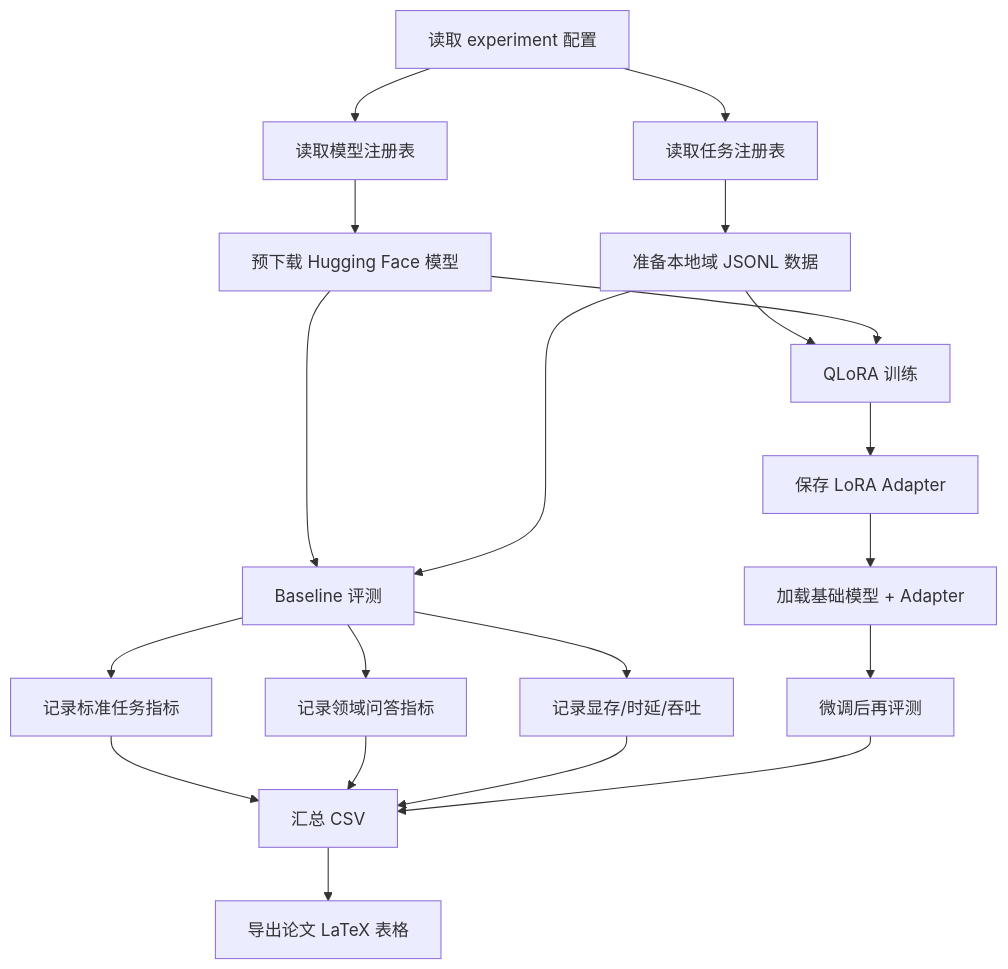
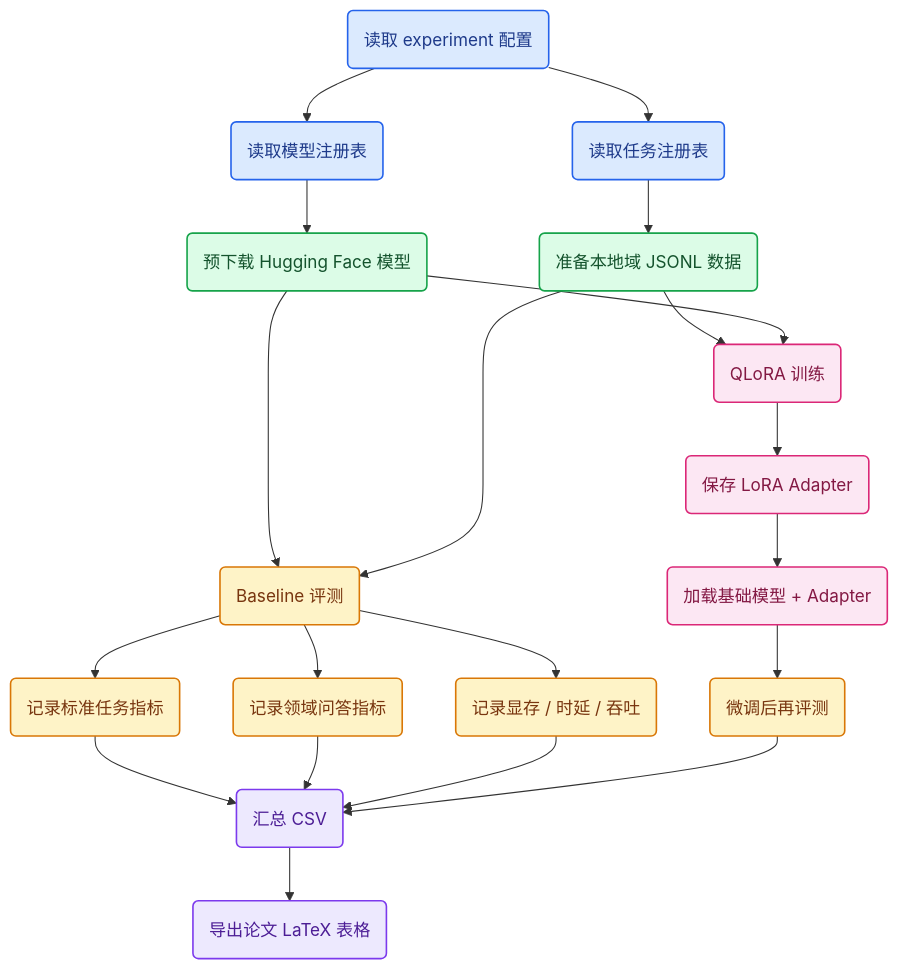
Before and after one commit to XuelinHu/blogs: the diagram in docs/posts/LLM/资源受限大模型评测与QLoRA项目源码导读.md, drawn with Mermaid. The commit also changed 10 other files, not shown here.

Commit message:
style: improve mermaid flowchart layout and colors

````diff
--- a/docs/posts/LLM/资源受限大模型评测与QLoRA项目源码导读.md
+++ b/docs/posts/LLM/资源受限大模型评测与QLoRA项目源码导读.md
@@ -68,22 +68,27 @@
 ```mermaid
-flowchart TD
-    A[读取 experiment 配置] --> B[读取模型注册表]
-    A --> C[读取任务注册表]
-    B --> D[预下载 Hugging Face 模型]
-    C --> E[准备本地域 JSONL 数据]
-    D --> F[Baseline 评测]
+flowchart TB
+    classDef config fill:#dbeafe,stroke:#2563eb,color:#1e3a8a,stroke-width:1.5px
+    classDef data fill:#dcfce7,stroke:#16a34a,color:#14532d,stroke-width:1.5px
+    classDef eval fill:#fef3c7,stroke:#d97706,color:#78350f,stroke-width:1.5px
+    classDef train fill:#fce7f3,stroke:#db2777,color:#831843,stroke-width:1.5px
+    classDef report fill:#ede9fe,stroke:#7c3aed,color:#4c1d95,stroke-width:1.5px
+    A(读取 experiment 配置):::config --> B(读取模型注册表):::config
+    A --> C(读取任务注册表):::config
+    B --> D(预下载 Hugging Face 模型):::data
+    C --> E(准备本地域 JSONL 数据):::data
+    D --> F(Baseline 评测):::eval
     E --> F
-    F --> G[记录标准任务指标]
-    F --> H[记录领域问答指标]
-    F --> I[记录显存/时延/吞吐]
-    E --> J[QLoRA 训练]
+    F --> G(记录标准任务指标):::eval
+    F --> H(记录领域问答指标):::eval
+    F --> I(记录显存 / 时延 / 吞吐):::eval
+    E --> J(QLoRA 训练):::train
     D --> J
-    J --> K[保存 LoRA Adapter]
-    K --> L[加载基础模型 + Adapter]
-    L --> M[微调后再评测]
-    G --> N[汇总 CSV]
+    J --> K(保存 LoRA Adapter):::train
+    K --> L(加载基础模型 + Adapter):::train
+    L --> M(微调后再评测):::eval
+    G --> N(汇总 CSV):::report
     H --> N
     I --> N
     M --> N
-    N --> O[导出论文 LaTeX 表格]
+    N --> O(导出论文 LaTeX 表格):::report
 ```
````
